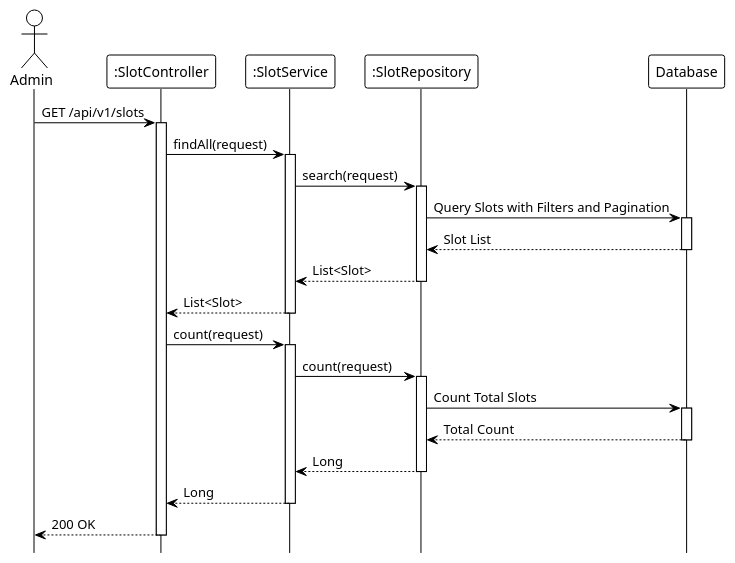
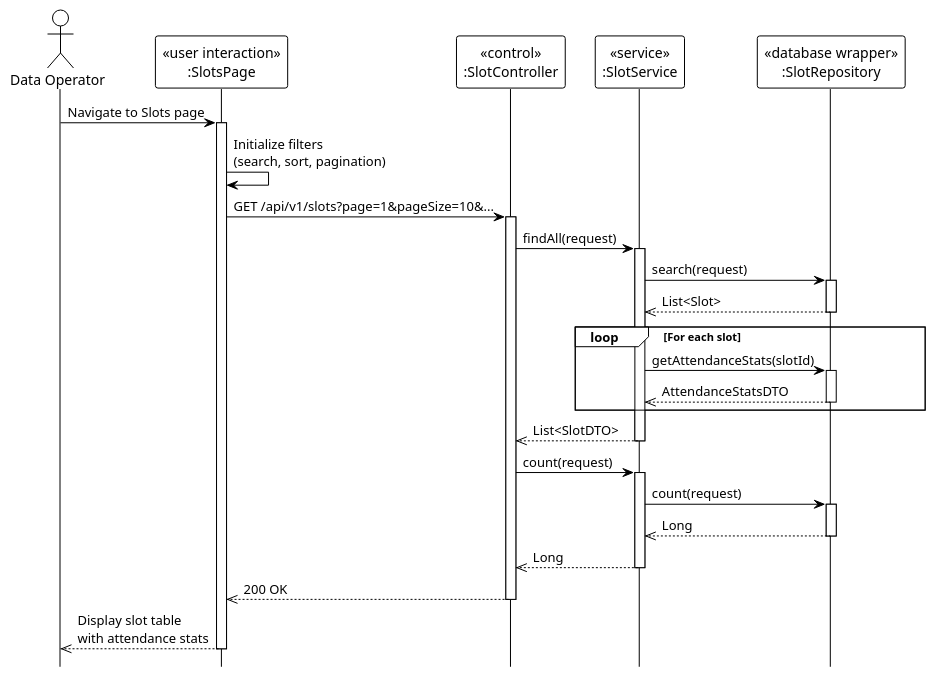
Before and after one commit to Ndh474/context: the diagram in system_detailed_design/33_view_list_slot/sequence_diagram_view_list_slot.puml, drawn with PlantUML. The commit also changed 12 other files, not shown here.

Commit message:
docs: Add detailed design sequence diagrams for slot, class, and subject management operations.

```diff
--- a/system_detailed_design/33_view_list_slot/sequence_diagram_view_list_slot.puml
+++ b/system_detailed_design/33_view_list_slot/sequence_diagram_view_list_slot.puml
@@ -1,58 +1,58 @@
 @startuml view_list_slot
 !theme plain
 hide footbox
 
-actor Admin
-participant ":SlotController" as Controller
-participant ":SlotService" as Service
-participant ":SlotRepository" as Repository
-participant "Database" as DB
+actor "Data Operator" as DataOperator
 
-' --- MAIN FLOW ---
-Admin -> Controller: GET /api/v1/slots
+participant "«user interaction»\n:SlotsPage" as UI
+participant "«control»\n:SlotController" as Controller
+participant "«service»\n:SlotService" as Service
+participant "«database wrapper»\n:SlotRepository" as Repository
+
+' === MAIN FLOW ===
+DataOperator -> UI: Navigate to Slots page
+activate UI
+
+UI -> UI: Initialize filters\n(search, sort, pagination)
+
+UI -> Controller: GET /api/v1/slots?page=1&pageSize=10&...
 activate Controller
 
 Controller -> Service: findAll(request)
 activate Service
 
-' --- SEARCH QUERY ---
+' === SEARCH QUERY ===
 Service -> Repository: search(request)
 activate Repository
-
-Repository -> DB: Query Slots with Filters and Pagination
-activate DB
-DB --> Repository: Slot List
-deactivate DB
-
-Repository --> Service: List<Slot>
+Repository -->> Service: List<Slot>
 deactivate Repository
 
-' Populate attendance stats (internal)
+' === POPULATE ATTENDANCE STATS ===
+loop For each slot
+    Service -> Repository: getAttendanceStats(slotId)
+    activate Repository
+    Repository -->> Service: AttendanceStatsDTO
+    deactivate Repository
+end
 
-Service --> Controller: List<Slot>
+Service -->> Controller: List<SlotDTO>
 deactivate Service
 
-' --- COUNT QUERY ---
+' === COUNT QUERY ===
 Controller -> Service: count(request)
 activate Service
-
 Service -> Repository: count(request)
 activate Repository
-
-Repository -> DB: Count Total Slots
-activate DB
-DB --> Repository: Total Count
-deactivate DB
-
-Repository --> Service: Long
+Repository -->> Service: Long
 deactivate Repository
-
-Service --> Controller: Long
+Service -->> Controller: Long
 deactivate Service
 
-' Build paging response (internal)
-
-Controller --> Admin: 200 OK
+' === RESPONSE ===
+Controller -->> UI: 200 OK
 deactivate Controller
 
+UI -->> DataOperator: Display slot table\nwith attendance stats
+deactivate UI
+
 @enduml
```
